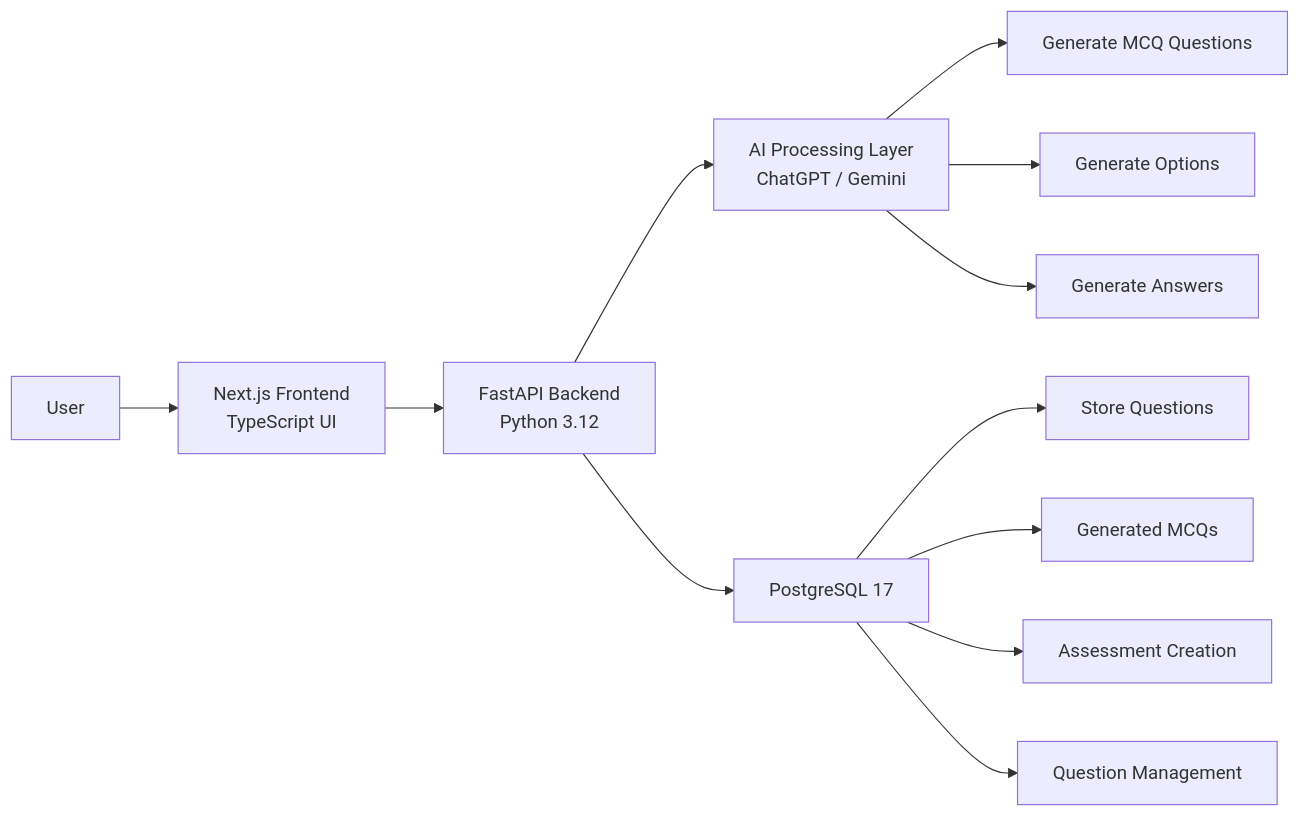
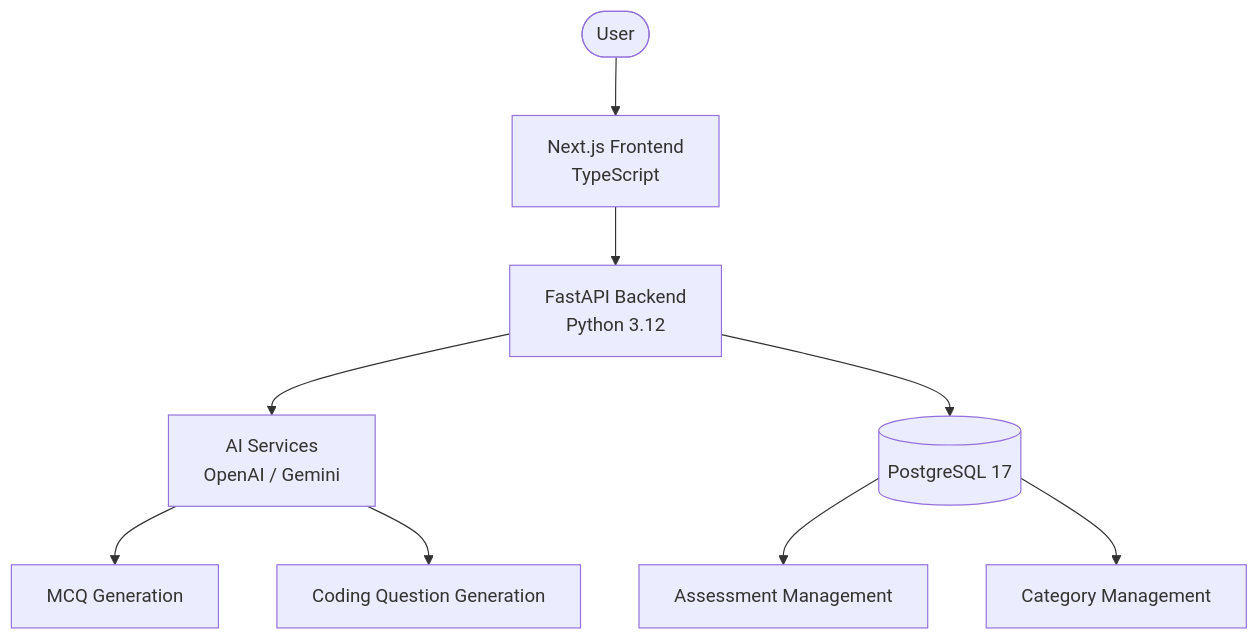
Before and after one commit to PRADEEP1625/Generative-AI-for-Automated-Assessment-: the diagram in README.md, drawn with Mermaid. The commit also changed other lines of this file, not shown here.

Commit message:
Revise system architecture and project structure sections

````diff
--- a/README.md
+++ b/README.md
@@ -33,32 +35,30 @@
 ```mermaid
-flowchart LR
+flowchart TD
 
-    A[User]
-    B[Next.js Frontend<br/>TypeScript UI]
-    C[FastAPI Backend<br/>Python 3.12]
-    D[AI Processing Layer<br/>ChatGPT / Gemini]
-    E[PostgreSQL 17]
+    User([User])
 
-    F[Generate MCQ Questions]
-    G[Generate Options]
-    H[Generate Answers]
+    Frontend[Next.js Frontend<br/>TypeScript]
 
-    I[Store Questions]
-    J[Generated MCQs]
-    K[Assessment Creation]
-    L[Question Management]
+    Backend[FastAPI Backend<br/>Python 3.12]
 
-    A --> B
-    B --> C
-    C --> D
-    C --> E
+    AI[AI Services<br/>OpenAI / Gemini]
 
-    D --> F
-    D --> G
-    D --> H
+    DB[(PostgreSQL 17)]
 
-    E --> I
-    E --> J
-    E --> K
-    E --> L
+    MCQ[MCQ Generation]
+    Coding[Coding Question Generation]
+    Assessments[Assessment Management]
+    Categories[Category Management]
+
+    User --> Frontend
+    Frontend --> Backend
+
+    Backend --> AI
+    Backend --> DB
+
+    AI --> MCQ
+    AI --> Coding
+
+    DB --> Assessments
+    DB --> Categories
 ```
````
